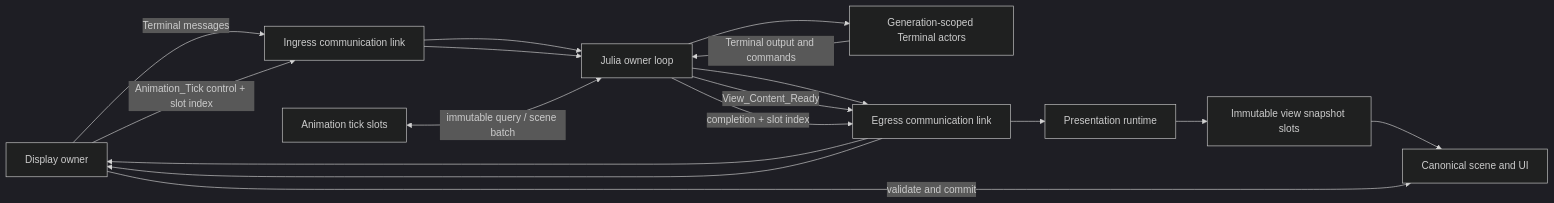
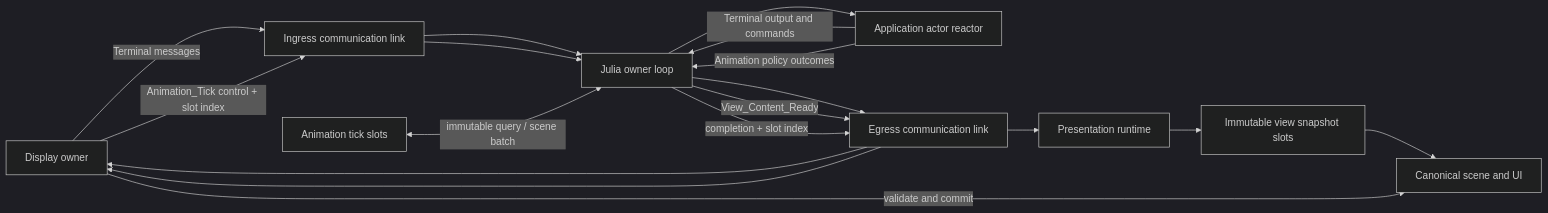
Before and after one commit to derekshoneycutt/Euclid: the third of 6 diagrams in docs/wiki/Guides/JuliaThreadArchitecture.md, drawn with Mermaid (dark theme). The commit also changed other lines of this file and 34 other files, not shown here.

````diff
--- a/docs/wiki/Guides/JuliaThreadArchitecture.md
+++ b/docs/wiki/Guides/JuliaThreadArchitecture.md
@@ -74,22 +192,23 @@
 ```mermaid
 flowchart LR
   D[Display owner]
   RI[Ingress communication link]
   J[Julia owner loop]
-  A[Generation-scoped Terminal actors]
+  A[Application actor reactor]
   RE[Egress communication link]
   PR[Presentation runtime]
   VS[Immutable view snapshot slots]
   TS[Animation tick slots]
   C[Canonical scene and UI]
 
   D -->|Terminal messages| RI --> J --> A
   A -->|Terminal output and commands| J --> RE --> D
+  A -->|Animation policy outcomes| J
 
   J -->|View_Content_Ready| RE --> PR --> VS --> C
 
   D -->|Animation_Tick control + slot index| RI --> J
   TS <-->|immutable query / scene batch| J
   J -->|completion + slot index| RE --> D
   D -->|validate and commit| C
 ```
````
